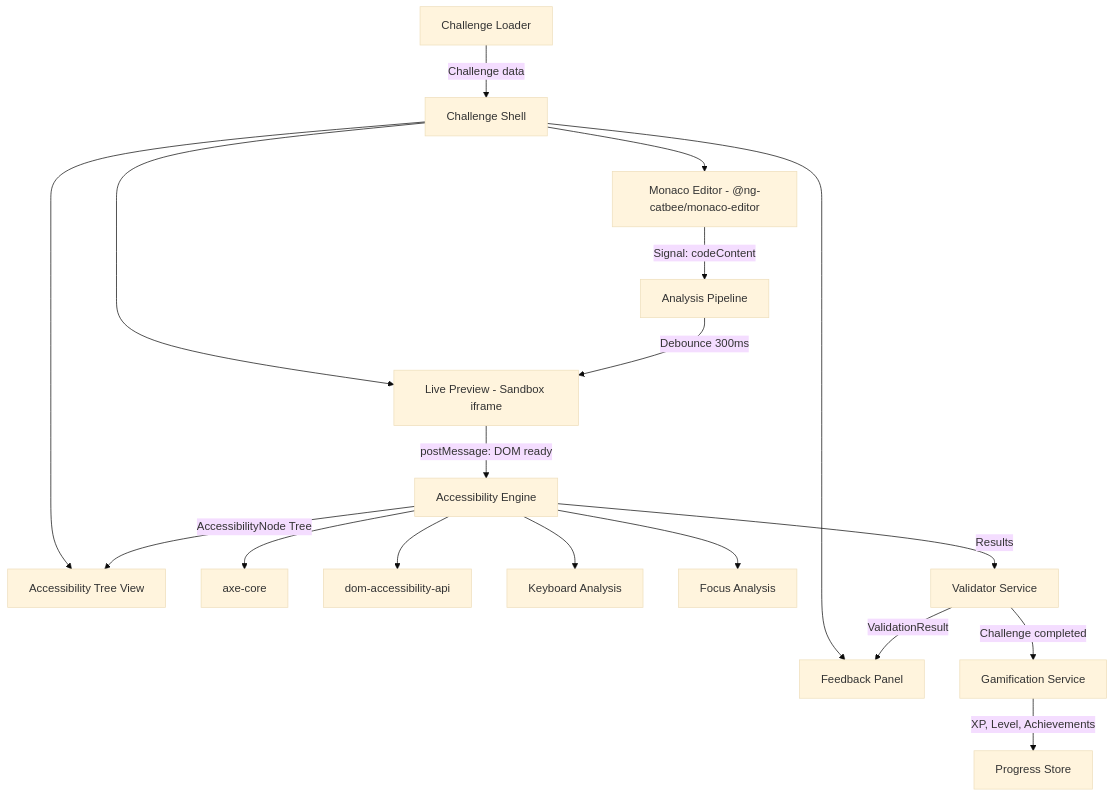
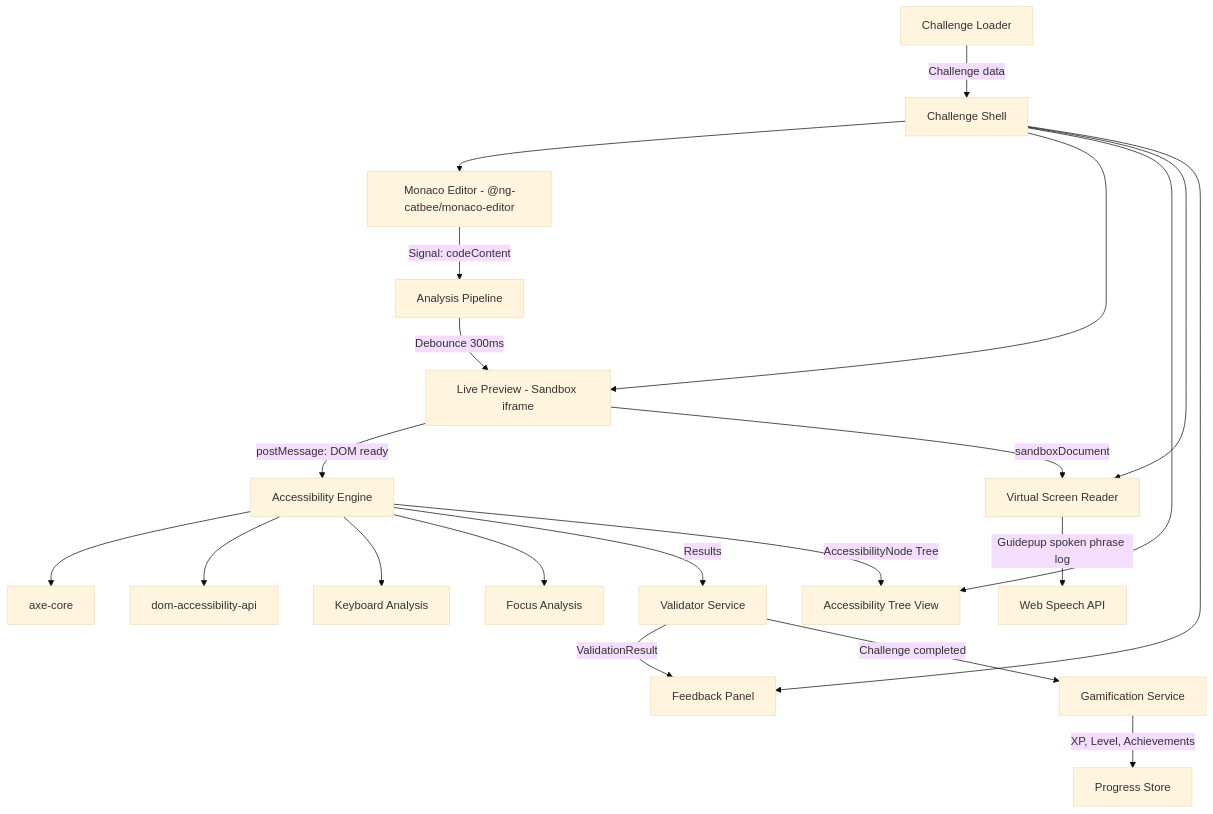
One commit to d-koppenhagen/practica11y changed the first of 2 diagrams in docs/architecture.md. Above: the diagram before and after it, drawn with Mermaid (base theme). The commit also changed other lines of this file and 29 other files, not shown here.

First line of the commit message:
feat(challenge-shell): add virtual screen reader with tabbed interface

````diff
--- a/docs/architecture.md
+++ b/docs/architecture.md
@@ -9,22 +9,25 @@
 ```mermaid
 graph TD
     A[Challenge Loader] -->|Challenge data| B[Challenge Shell]
     B --> C[Monaco Editor - @ng-catbee/monaco-editor]
     B --> D[Live Preview - Sandbox iframe]
     B --> E[Accessibility Tree View]
+    B --> P[Virtual Screen Reader]
     B --> F[Feedback Panel]
 
     C -->|Signal: codeContent| G[Analysis Pipeline]
     G -->|Debounce 300ms| D
     D -->|postMessage: DOM ready| H[Accessibility Engine]
     H --> I[axe-core]
     H --> J[dom-accessibility-api]
     H --> K[Keyboard Analysis]
     H --> L[Focus Analysis]
     H -->|Results| M[Validator Service]
     M -->|ValidationResult| F
     H -->|AccessibilityNode Tree| E
+    D -->|sandboxDocument| P
+    P -->|Guidepup spoken phrase log| Q[Web Speech API]
 
     N[Gamification Service] -->|XP, Level, Achievements| O[Progress Store]
     M -->|Challenge completed| N
 ```
````
